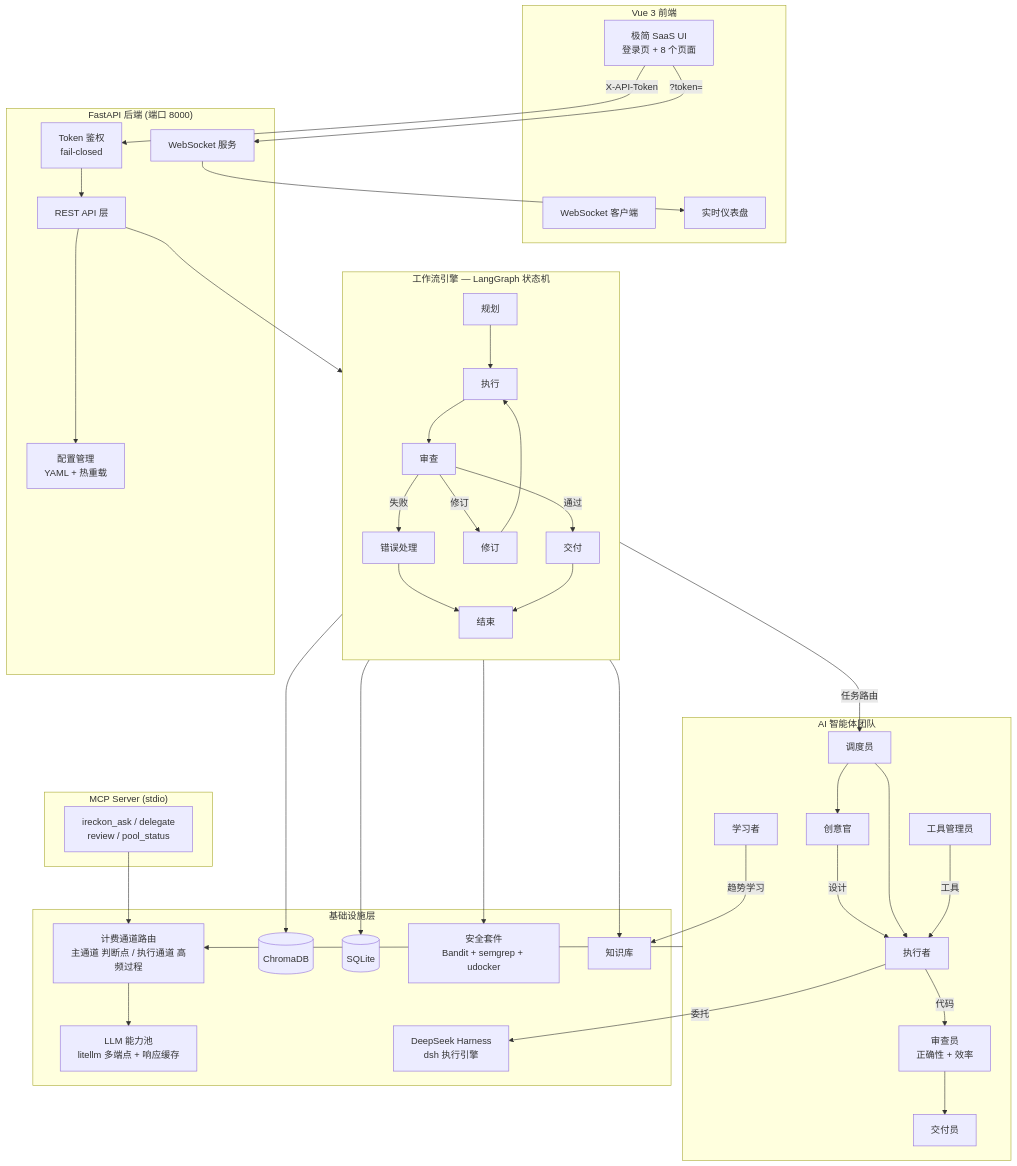
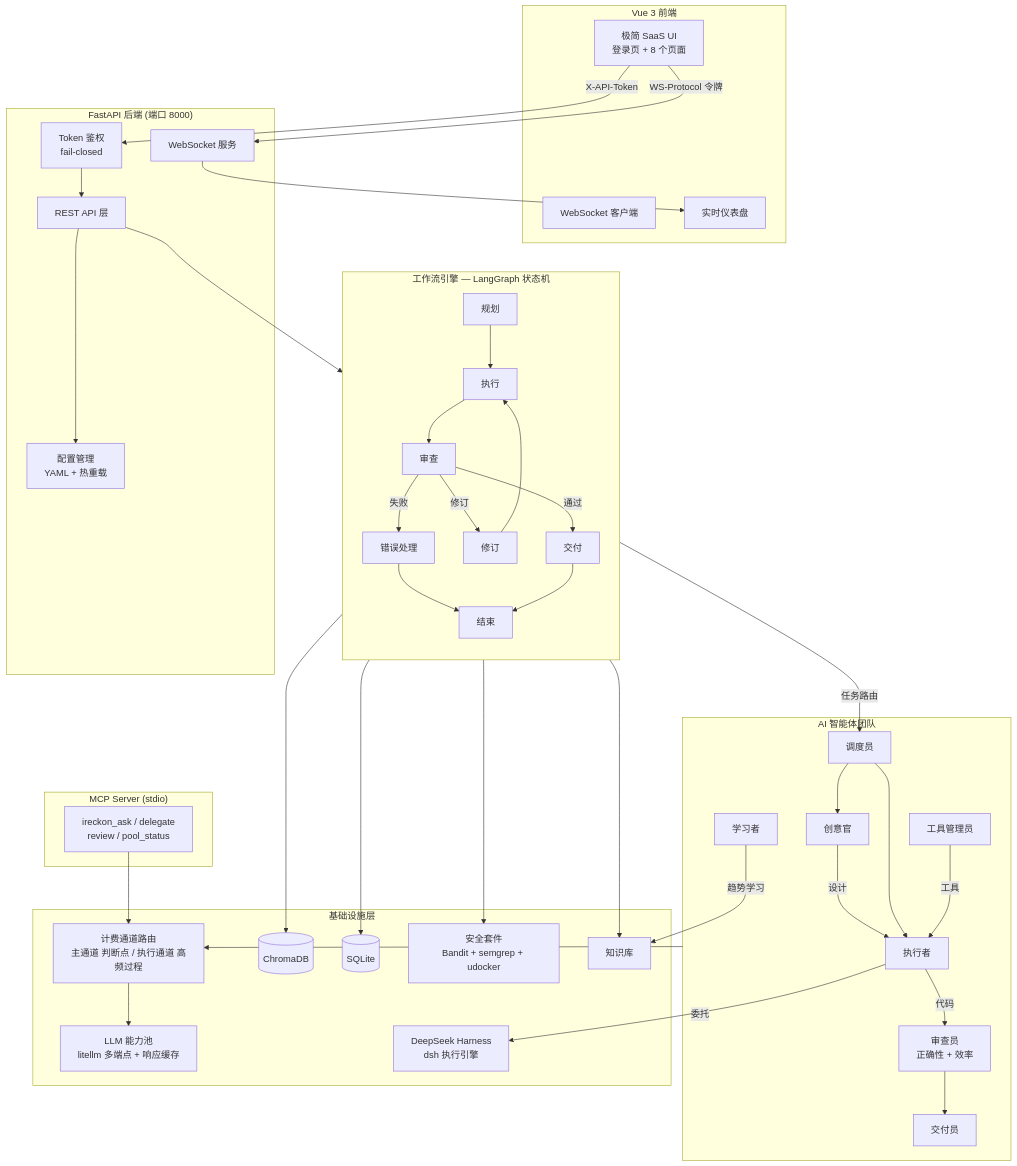
The diagram in README.md (Ameiro-sudo/IReckon), drawn with Mermaid before and after one commit. The commit also changed other lines of this file and 6 other files, not shown here.

First line of the commit message:
fix(security): WS 鉴权子协议化——token 从 URL 查询参数迁至 Sec-WebSocket-Protocol

````diff
--- a/README.md
+++ b/README.md
@@ -32,73 +32,73 @@
 ```mermaid
 graph TB
     subgraph Frontend["Vue 3 前端"]
         UI[极简 SaaS UI<br/>登录页 + 8 个页面]
         WS[WebSocket 客户端]
         RT[实时仪表盘]
     end
 
     subgraph Backend["FastAPI 后端 (端口 8000)"]
         AUTH[Token 鉴权<br/>fail-closed]
         API[REST API 层]
         WSS[WebSocket 服务]
         CFG[配置管理<br/>YAML + 热重载]
     end
 
     subgraph MCP["MCP Server (stdio)"]
         MT[ireckon_ask / delegate<br/>review / pool_status]
     end
 
     subgraph Engine["工作流引擎 — LangGraph 状态机"]
         direction TB
         PL[规划] --> EX[执行]
         EX --> RV[审查]
         RV -->|通过| DV[交付]
         RV -->|修订| RS[修订]
         RS --> EX
         RV -->|失败| EH[错误处理]
         EH --> END[结束]
         DV --> END
     end
 
     subgraph Agents["AI 智能体团队"]
         SCH[调度员]
         CRE[创意官]
         EXE[执行者]
         REV[审查员<br/>正确性 + 效率]
         DEL[交付员]
         LRN[学习者]
         TLM[工具管理员]
     end
 
     subgraph Infrastructure["基础设施层"]
         RT2[计费通道路由<br/>主通道 判断点 / 执行通道 高频过程]
         LLM[LLM 能力池<br/>litellm 多端点 + 响应缓存]
         HARN[DeepSeek Harness<br/>dsh 执行引擎]
         VDB[(ChromaDB)]
         SDB[(SQLite)]
         SEC[安全套件<br/>Bandit + semgrep + udocker]
         KB[知识库]
     end
 
     UI -->|X-API-Token| AUTH
     AUTH --> API
-    UI -->|?token=| WSS
+    UI -->|WS-Protocol 令牌| WSS
     WSS --> RT
     API --> CFG
     API --> Engine
     MT --> RT2
     Engine -->|任务路由| SCH
     SCH --> CRE
     CRE -->|设计| EXE
     SCH --> EXE
     EXE -->|代码| REV
     REV --> DEL
     TLM -->|工具| EXE
     EXE -->|委托| HARN
     Agents --> RT2 --> LLM
     Engine --> VDB
     Engine --> SDB
     Engine --> SEC
     Engine --> KB
     LRN -->|趋势学习| KB
 ```
````
